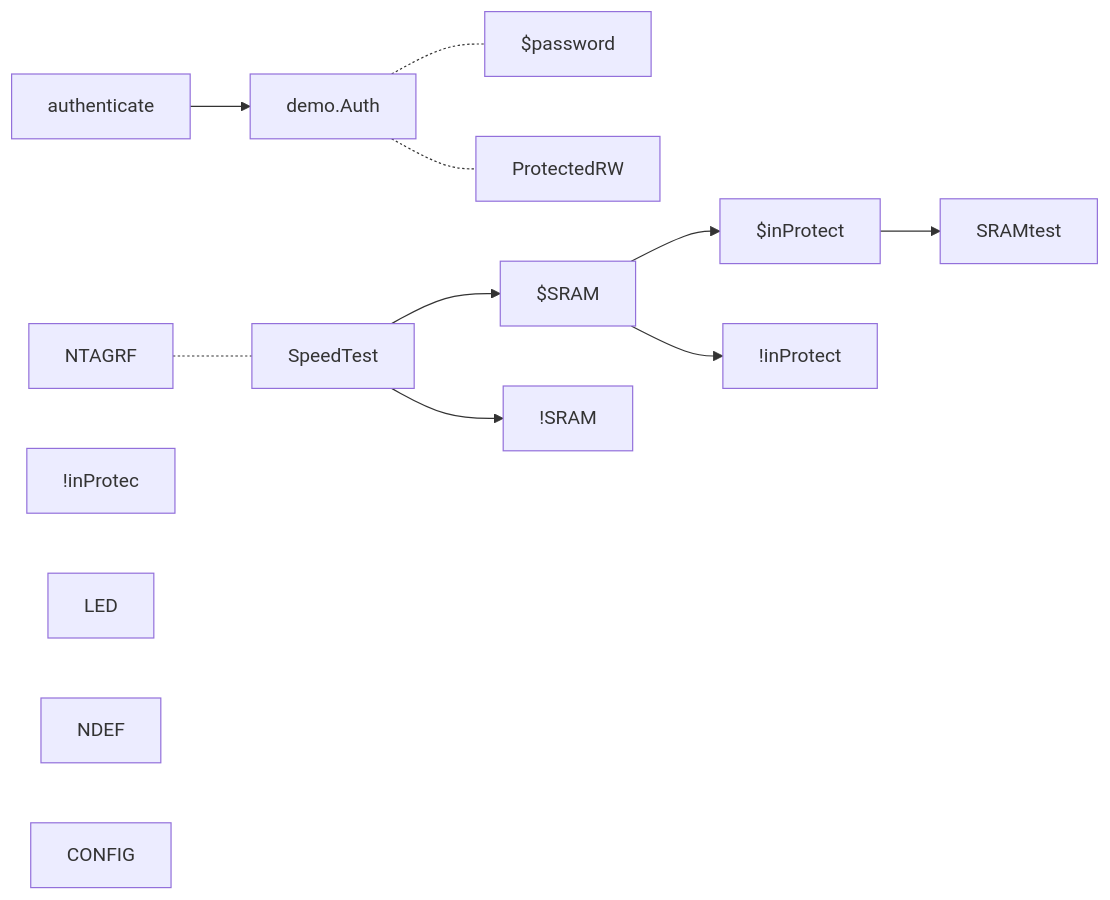
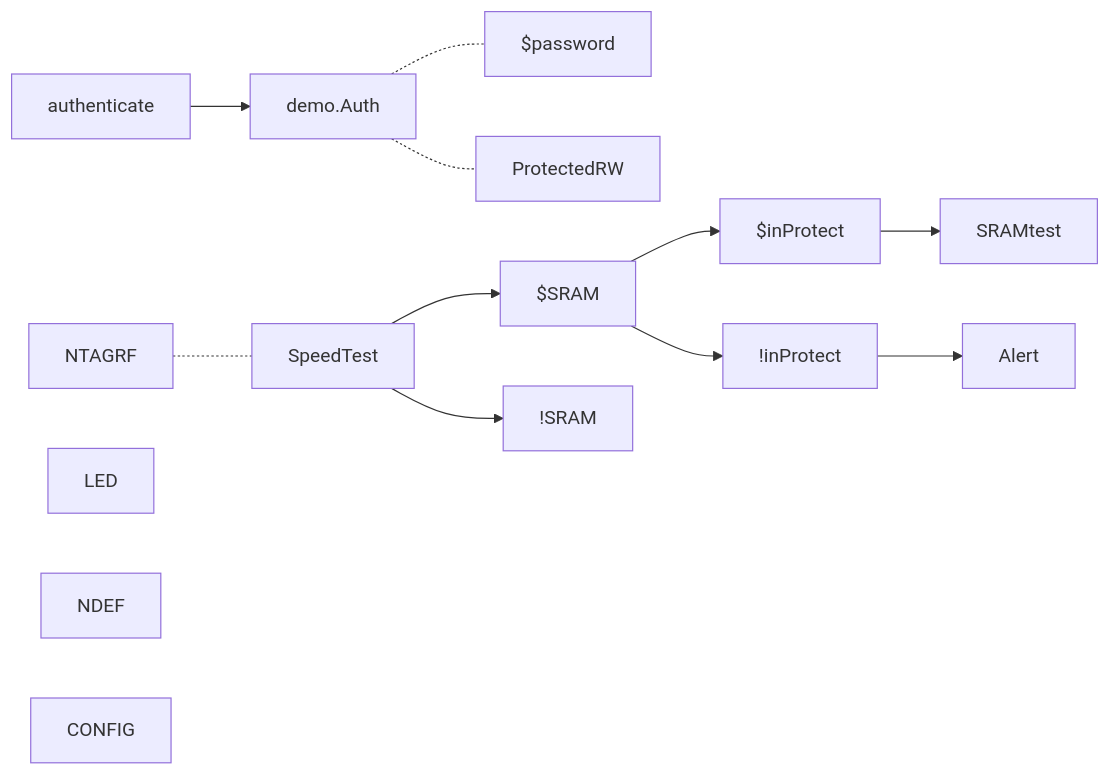
The fifth of 5 diagrams in nxp/MainActivity.md (gordianknotC/nxp_note), drawn with Mermaid before and after one commit. The commit also changed other lines of this file, not shown here.

Commit message:
nxp/MainActivity.md updated from https://stackedit.io/

````diff
--- a/nxp/MainActivity.md
+++ b/nxp/MainActivity.md
@@ -56,17 +56,17 @@
 ```mermaid
 graph LR
 authenticate --> demo.Auth
 demo.Auth -.- $password
 demo.Auth -.- ProtectedRW
 NTAGRF -.- SpeedTest
 SpeedTest --> $SRAM
 SpeedTest --> !SRAM
 $SRAM --> $inProtect
 $SRAM --> !inProtect
 $inProtect --> SRAMtest
-!inProtec
+!inProtect --> Alert
 
 LED
 NDEF
 CONFIG
 ```
````
